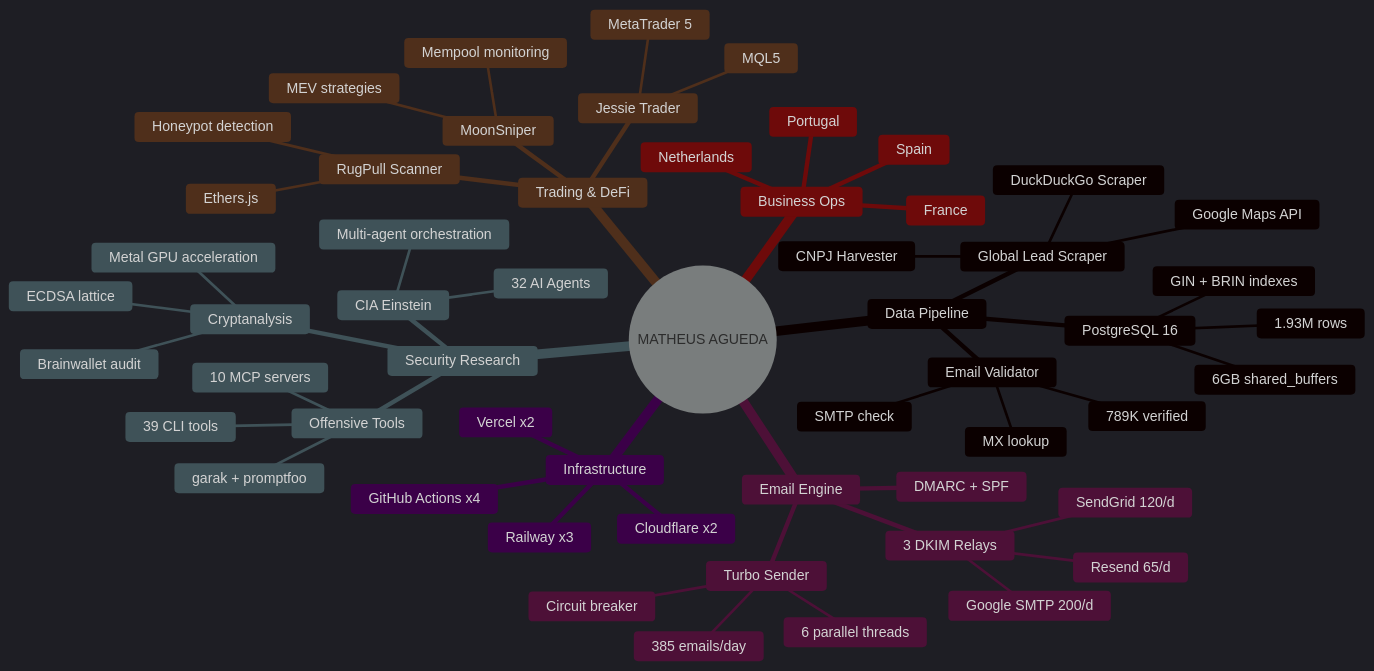
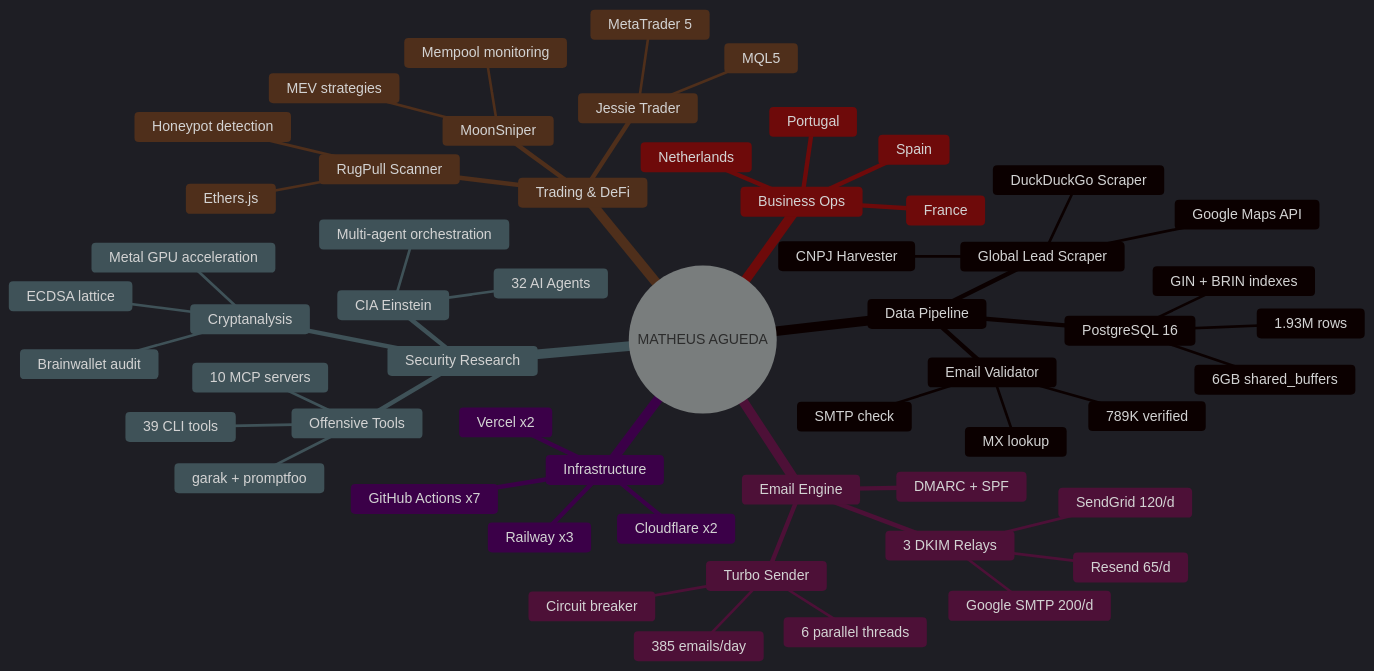
Diagram 14 of 16 in README.md (MatheusAgueda/MatheusAgueda), drawn with Mermaid before and after one commit. The commit also changed other lines of this file and 8 other files, not shown here.

Commit message:
feat: ultimate README v3 — 3413L, 16 Mermaid, 11 languages, 6 SVGs, chess, blog, activity

````diff
--- a/README.md
+++ b/README.md
@@ -1337,61 +2093,61 @@
 ```mermaid
 %%{init: {'theme': 'dark'}}%%
 
 mindmap
   root((MATHEUS AGUEDA))
     Data Pipeline
       Global Lead Scraper
         Google Maps API
         DuckDuckGo Scraper
         CNPJ Harvester
       Email Validator
         789K verified
         SMTP check
         MX lookup
       PostgreSQL 16
         1.93M rows
         GIN + BRIN indexes
         6GB shared_buffers
     Email Engine
       Turbo Sender
         6 parallel threads
         Circuit breaker
         385 emails/day
       3 DKIM Relays
         Resend 65/d
         SendGrid 120/d
         Google SMTP 200/d
       DMARC + SPF
     Security Research
       CIA Einstein
         32 AI Agents
         Multi-agent orchestration
       Cryptanalysis
         ECDSA lattice
         Metal GPU acceleration
         Brainwallet audit
       Offensive Tools
         39 CLI tools
         10 MCP servers
         garak + promptfoo
     Trading & DeFi
       Jessie Trader
         MQL5
         MetaTrader 5
       RugPull Scanner
         Honeypot detection
         Ethers.js
       MoonSniper
         Mempool monitoring
         MEV strategies
     Business Ops
       Portugal
       France
       Netherlands
       Spain
     Infrastructure
       Railway x3
       Vercel x2
       Cloudflare x2
-      GitHub Actions x4
+      GitHub Actions x7
 ```
````
